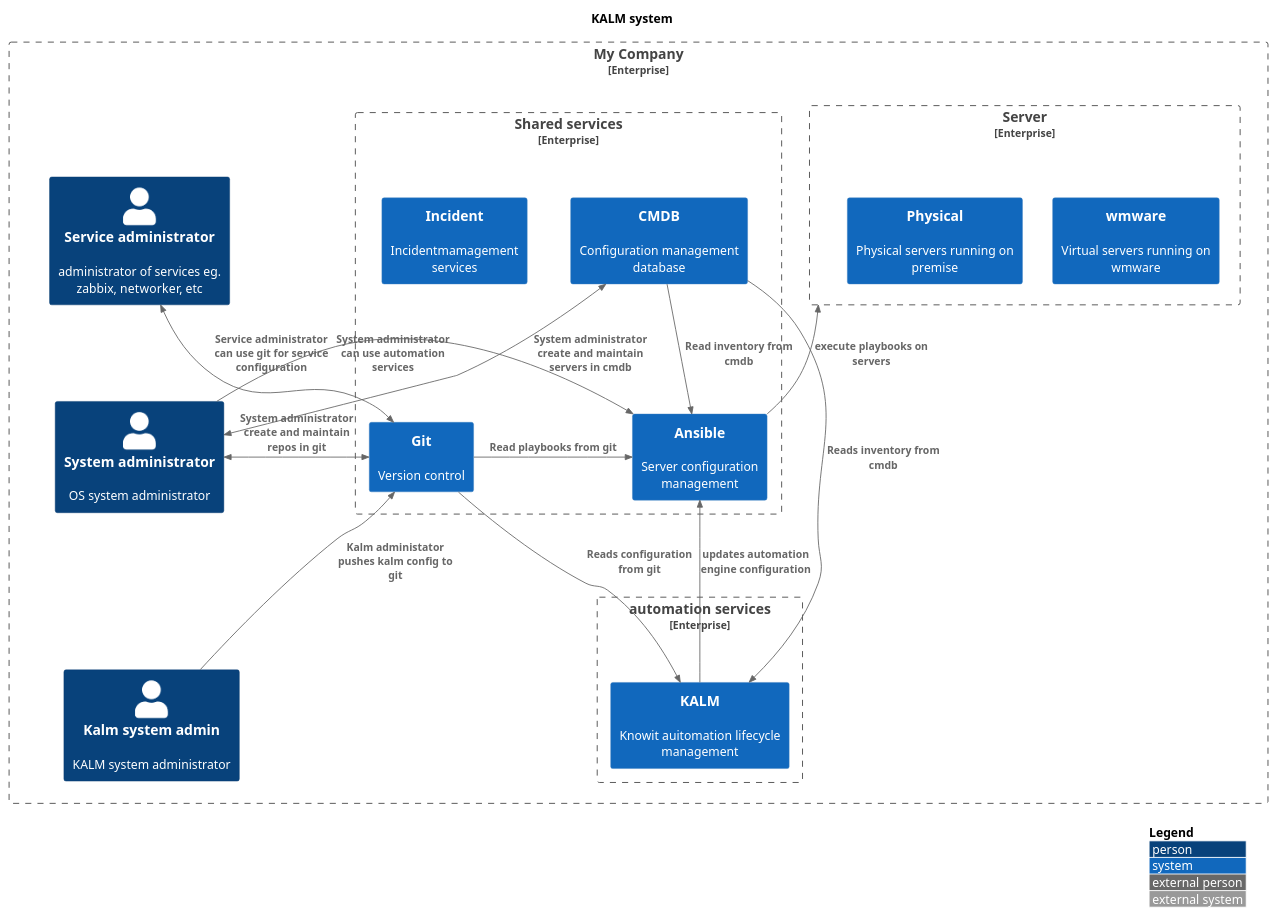
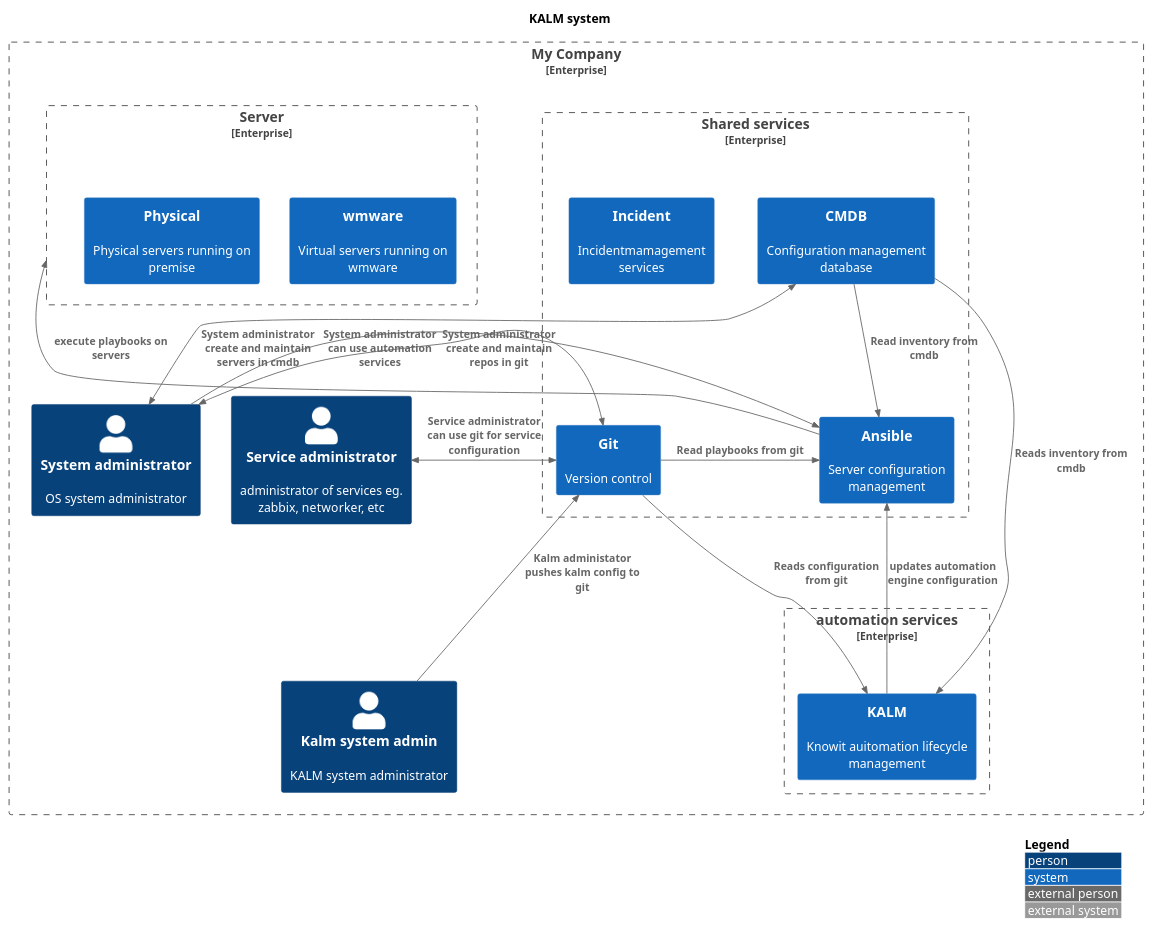
Before and after one commit to JakobHolstDK/infowall: the diagram in diagrams/kalm.puml, drawn with PlantUML.

Commit message:
no write

```diff
--- a/diagrams/kalm.puml
+++ b/diagrams/kalm.puml
@@ -1,67 +1,67 @@
 @startuml
 !include https://raw.githubusercontent.com/plantuml-stdlib/C4-PlantUML/master/C4_Context.puml
 
 ' uncomment the following line and comment the first to use locally
 ' !include C4_Context.puml
 
 LAYOUT_TOP_DOWN()
 'LAYOUT_AS_SKETCH()
 LAYOUT_WITH_LEGEND()
 
 
 title   KALM system
 
 
 Enterprise_Boundary(c0, "My Company", "My awesome organisation") {
 
 Person(kalmadmin, "Kalm system admin", "KALM system administrator")
 Person(systemadmin, "System administrator", "OS system administrator")
 Person(serviceadmin, "Service administrator", "administrator of services eg. zabbix, networker, etc")
 Enterprise_Boundary(c2, "Server ", "Virtuelle servere") {
     System(vmware, "wmware", "Virtual servers running on wmware")
     System(physicalservers, "Physical", "Physical servers running on premise")
 }
 
 Enterprise_Boundary(c3, "Shared services", "Shared services in the organisation") {
     System(cmdb, "CMDB", "Configuration management database")
     System(automation, "Ansible", "Server configuration management")
     System(git, "Git", "Version control")
     System(incident, "Incident", "Incidentmamagement services")
 }
 
 Enterprise_Boundary(c1, "automation services", "Automation services") {
     System(kalm, "KALM", "Knowit auitomation lifecycle management")
 }
 
 
 }
 
-Lay_D(serviceadmin, systemadmin)
-Lay_D(serviceadmin, kalmadmin)
+Lay_L(serviceadmin, systemadmin)
+Lay_R(serviceadmin, kalmadmin)
 
 
 
 
 Rel_Neighbor(git, automation, "Read playbooks from git")
 Rel_D(cmdb, automation, "Read inventory from cmdb")
 Rel_U(automation, c2 , "execute playbooks on servers")
 
 
 Rel_U(kalmadmin, git, "Kalm administator pushes kalm config to git")
 
 Rel_U(systemadmin, automation, "System administrator can use automation services")
 BiRel_R(systemadmin, git, "System administrator create and maintain repos in git")
 BiRel_L(systemadmin, cmdb, "System administrator create and maintain servers in cmdb")
 BiRel_D(serviceadmin, git, "Service administrator can use git for service configuration")
 
 
 
 
 
 Rel_D(cmdb, kalm, "Reads inventory from cmdb")
 Rel_D(git, kalm, "Reads configuration from git")
 
 Rel_U(kalm, automation, "updates automation engine configuration")
 
 
 @enduml
```
